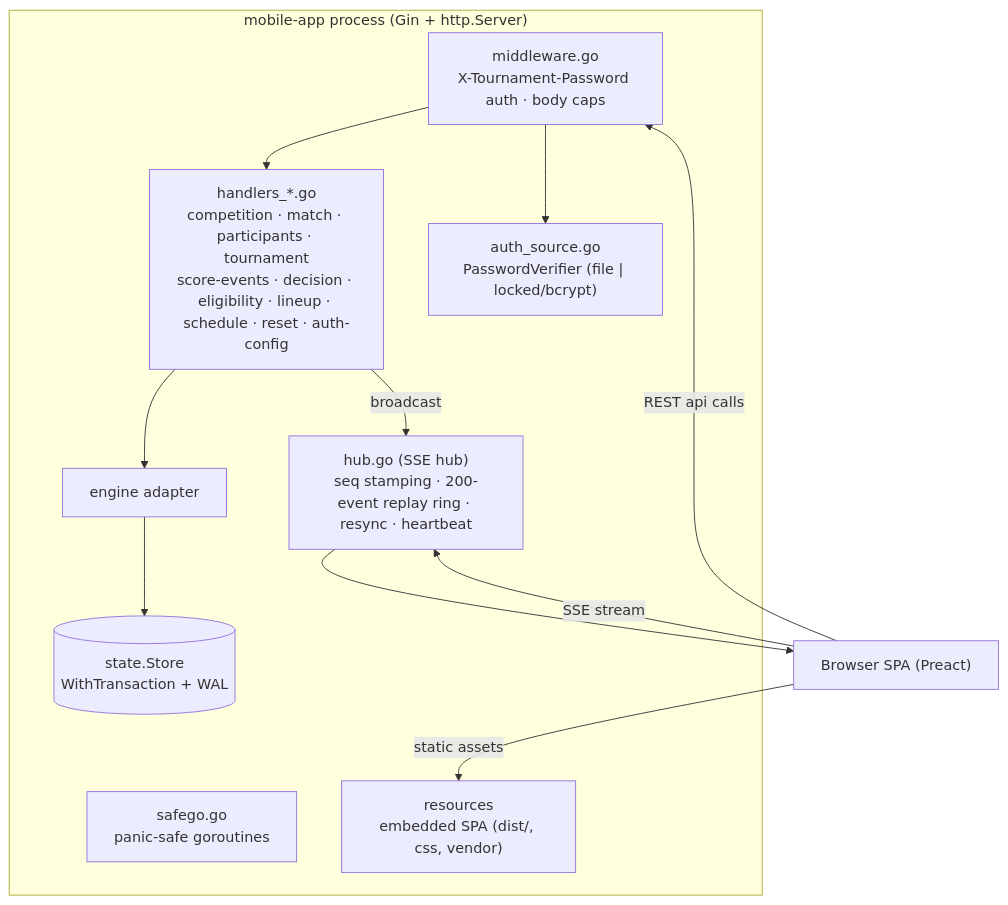
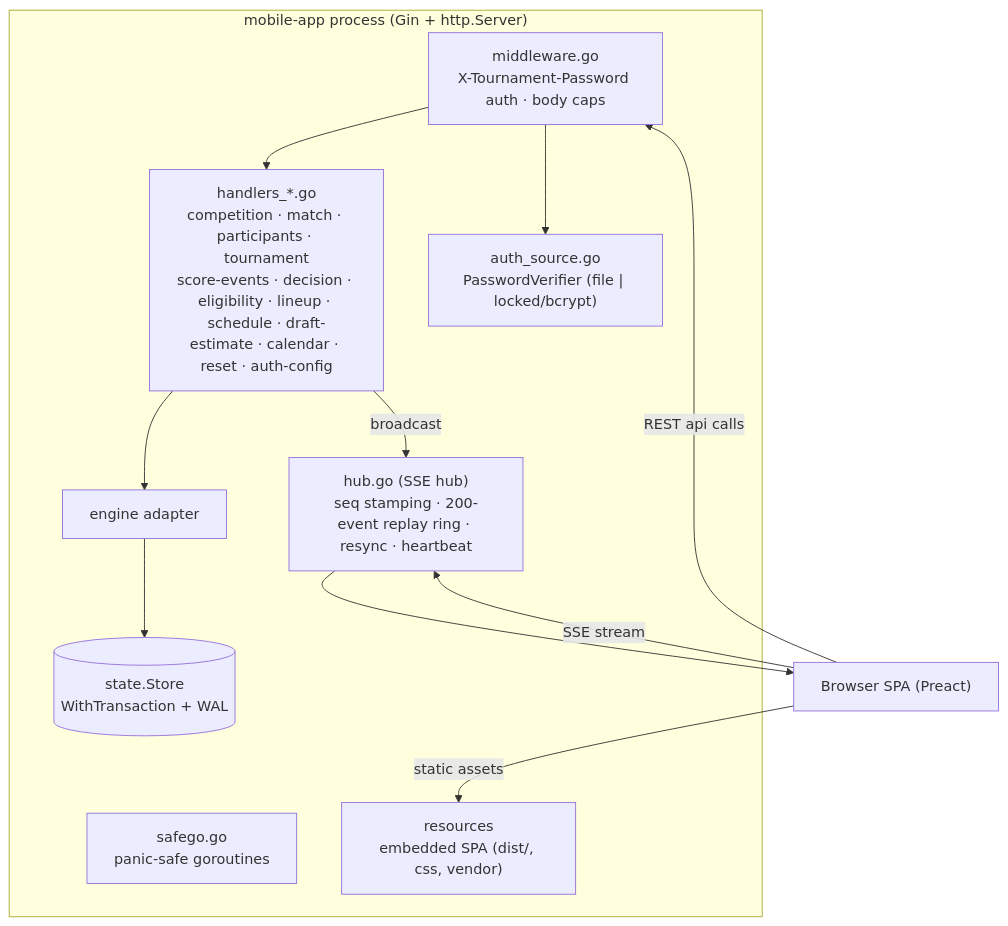
One commit to gitrgoliveira/bracket-creator changed the fourth of 8 diagrams in docs/architecture/software-architecture.md. Above: the diagram before and after it, drawn with Mermaid. The commit also changed other lines of this file and 4 other files, not shown here.

````diff
--- a/docs/architecture/software-architecture.md
+++ b/docs/architecture/software-architecture.md
@@ -111,20 +111,20 @@
 ```mermaid
 flowchart TB
     subgraph proc["mobile-app process (Gin + http.Server)"]
         mw["middleware.go<br/>X-Tournament-Password auth · body caps"]
         authsrc["auth_source.go<br/>PasswordVerifier (file | locked/bcrypt)"]
-        handlers["handlers_*.go<br/>competition · match · participants · tournament<br/>score-events · decision · eligibility · lineup · schedule · reset · auth-config"]
+        handlers["handlers_*.go<br/>competition · match · participants · tournament<br/>score-events · decision · eligibility · lineup · schedule · draft-estimate · calendar · reset · auth-config"]
         hub["hub.go (SSE hub)<br/>seq stamping · 200-event replay ring · resync · heartbeat"]
         safego["safego.go<br/>panic-safe goroutines"]
         engine["engine adapter"]
         store[("state.Store<br/>WithTransaction + WAL")]
         embed["resources<br/>embedded SPA (dist/, css, vendor)"]
     end
 
     client["Browser SPA (Preact)"] -->|REST api calls| mw --> handlers
     mw --> authsrc
     client -->|SSE stream| hub
     handlers --> engine --> store
     handlers -->|broadcast| hub --> client
     client -->|static assets| embed
 ```
````
